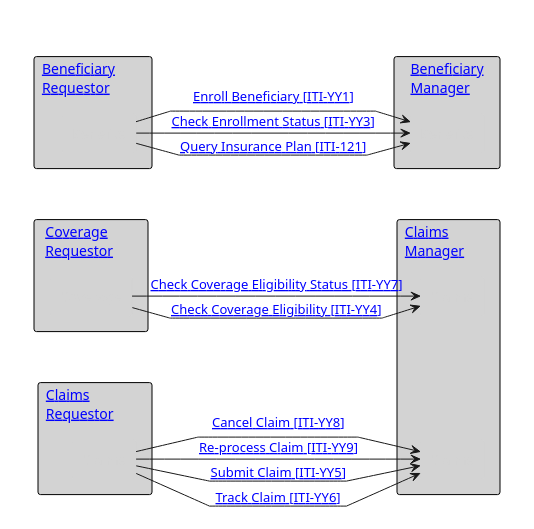
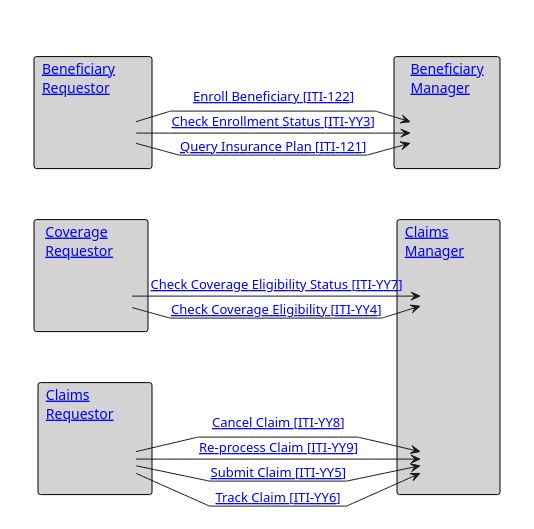
Before and after one commit to IHE/ITI.Finance: the diagram in input/images-source/ActorsAndTransactions.plantuml, drawn with PlantUML. The commit also changed 22 other files, not shown here.

```diff
--- a/input/images-source/ActorsAndTransactions.plantuml
+++ b/input/images-source/ActorsAndTransactions.plantuml
@@ -1,59 +1,59 @@
 @startuml
 skinparam package {
   BorderColor transparent
   BackgroundColor transparent
   Shadowing false
 }
 skinparam rectangle {
   BorderColor black
   BackgroundColor lightgrey
   Shadowing false
   FontStyle normal
 }
 skinparam agent {
   BorderColor lightgrey
   BackgroundColor lightgrey
   FontColor lightgrey
   Shadowing false
 }
 
 hide footbox
 'skinparam svgDimensionStyle false
 skinparam linetype polyline
 package "  "  {
   rectangle "[[#beneficiary-requestor Beneficiary        \nRequestor]]" as br {
     agent "Benefits" as BenReq
   }
   rectangle "[[#coverage-requestor Coverage        \nRequestor]]" as cr {
     agent "Coverage" as CovReq
   }
   rectangle "[[#claims-requestor Claims               \nRequestor]]" as cl {
     agent "Claims" as ClaimReq
   }
 }
 
 package " "  {
   rectangle "[[#beneficiary-manager Beneficiary\nManager]]" as Ben {
     agent "Benefits" as BenMan
   }
   rectangle "[[#claims-manager Claims            \nManager]]" as ClaimMan {
     agent "Claims" as ClaimMan1
     agent "Claims" as ClaimMan2
   }
 }
 BenReq -> BenMan : "[[ITI-121.html Query Insurance Plan &#91;ITI-121&#93;]]"
-BenReq -> BenMan : "[[ITI-YY1.html Enroll Beneficiary &#91;ITI-YY1&#93;]]"
+BenReq -> BenMan : "[[ITI-122.html Enroll Beneficiary &#91;ITI-122&#93;]]"
 BenReq -> BenMan : "[[ITI-YY3.html Check Enrollment Status &#91;ITI-YY3&#93;]]"
 BenReq -[hidden]-> CovReq: ""
 CovReq -[hidden]-> ClaimReq: ""
 BenMan -[hidden]-> ClaimMan1: ""
 ClaimMan1 -[hidden]-> ClaimMan2: ""
 CovReq -> ClaimMan1 : "[[ITI-YY4.html Check Coverage Eligibility &#91;ITI-YY4&#93;]]"
 CovReq -> ClaimMan1 : "[[ITI-YY7.html Check Coverage Eligibility Status &#91;ITI-YY7&#93;]]"
 ClaimReq -> ClaimMan2 : "[[ITI-YY5.html Submit Claim &#91;ITI-YY5&#93;]]"
 ClaimReq -> ClaimMan2 : "[[ITI-YY8.html Cancel Claim &#91;ITI-YY8&#93;]]"
 ClaimReq -> ClaimMan2 : "[[ITI-YY9.html Re-process Claim &#91;ITI-YY9&#93;]]"
 ClaimReq -> ClaimMan2 : "[[ITI-YY6.html Track Claim &#91;ITI-YY6&#93;]]"
 
 
 @endum
```
